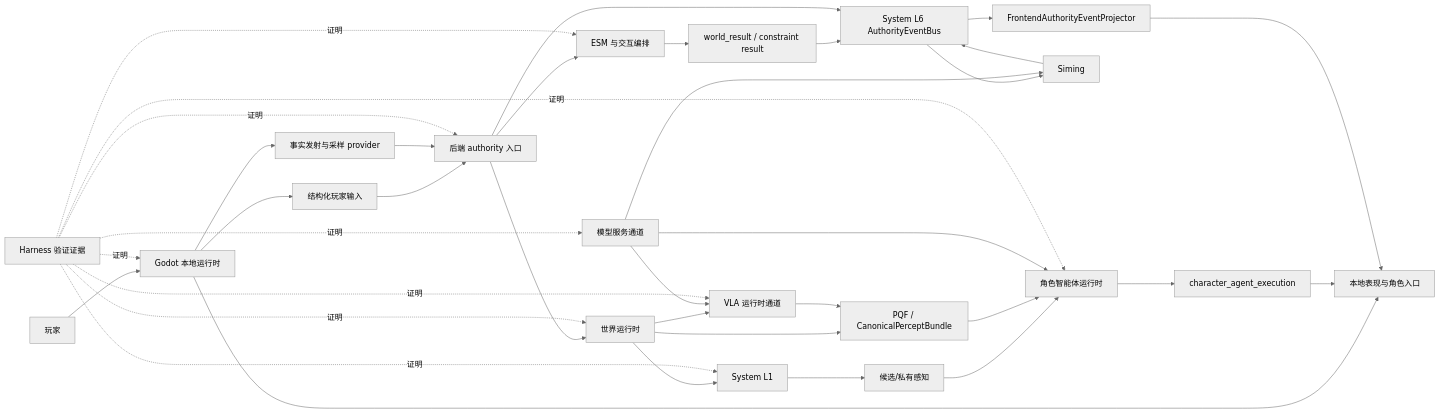
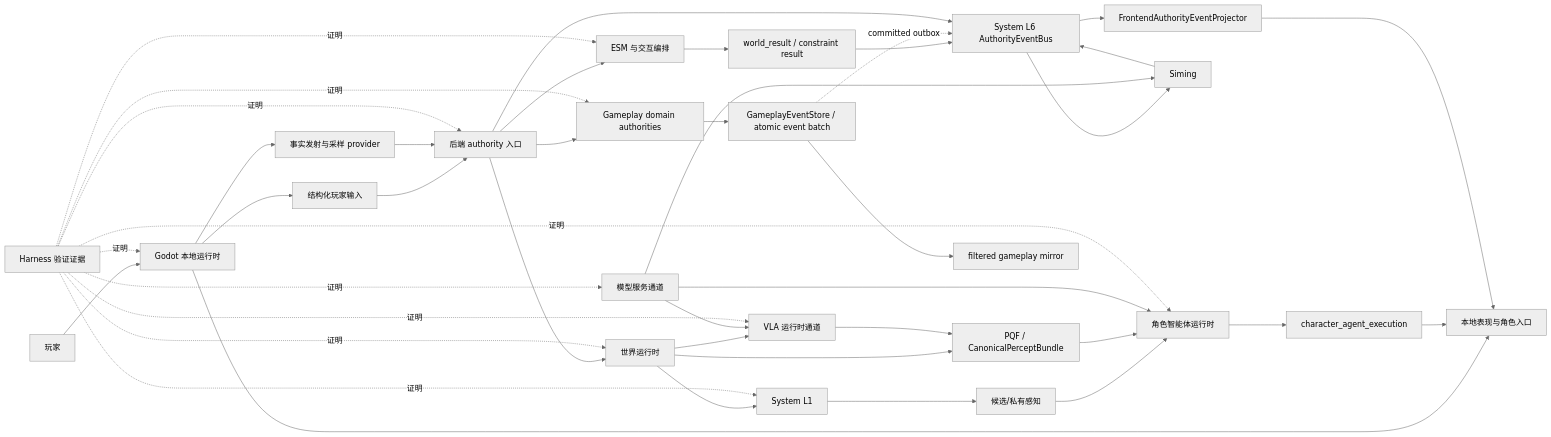
The first of 4 diagrams in docs/架构/运行时/运行时总览.md (Dancing-coin/Paralls-phase0-1), drawn with Mermaid (neutral theme) before and after one commit. The commit also changed other lines of this file and 198 other files, not shown here.

````diff
--- a/docs/架构/运行时/运行时总览.md
+++ b/docs/架构/运行时/运行时总览.md
@@ -28,46 +29,52 @@
 ```mermaid
 flowchart LR
     Player[玩家] --> Godot[Godot 本地运行时]
     Godot --> Input[结构化玩家输入]
     Godot --> Providers[事实发射与采样 provider]
     Godot --> Presentation[本地表现与角色入口]
 
     Input --> Backend[后端 authority 入口]
     Providers --> Backend
 
     Backend --> WorldRuntime[世界运行时]
     WorldRuntime --> L1[System L1]
     WorldRuntime --> PQF[PQF / CanonicalPerceptBundle]
     L1 --> Candidate[候选/私有感知]
 
     Candidate --> Character[角色智能体运行时]
     PQF --> Character
     Character --> Execution[character_agent_execution]
     Execution --> Presentation
 
     Backend --> ESM[ESM 与交互编排]
     ESM --> WorldResult[world_result / constraint result]
     WorldResult --> L6[System L6 AuthorityEventBus]
 
+    Backend --> Gameplay[Gameplay domain authorities]
+    Gameplay --> GameplayStore[GameplayEventStore / atomic event batch]
+    GameplayStore --> GameplayMirror[filtered gameplay mirror]
+    GameplayStore -. committed outbox .-> L6
+
     Backend --> L6
     L6 --> Siming[Siming]
     Siming --> L6
     L6 --> Projection[FrontendAuthorityEventProjector]
     Projection --> Presentation
 
     WorldRuntime --> VLA[VLA 运行时通道]
     VLA --> PQF
 
     Model[模型服务通道] --> Character
     Model --> Siming
     Model --> VLA
 
     Harness[Harness 验证证据] -. 证明 .-> Backend
     Harness -. 证明 .-> Godot
     Harness -. 证明 .-> L1
     Harness -. 证明 .-> WorldRuntime
     Harness -. 证明 .-> Character
     Harness -. 证明 .-> ESM
+    Harness -. 证明 .-> Gameplay
     Harness -. 证明 .-> VLA
     Harness -. 证明 .-> Model
 ```
````
